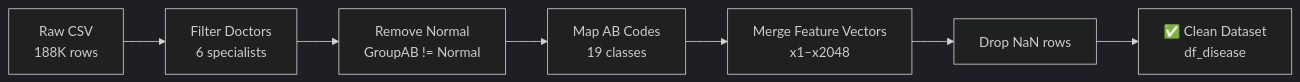
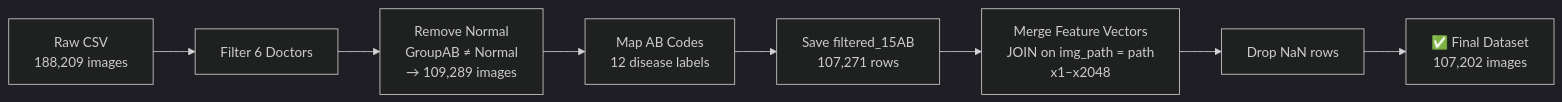
Before and after one commit to Peckkie/USAI-Dataset-2026: the diagram in README.md, drawn with Mermaid (dark theme). The commit also changed other lines of this file, not shown here.

````diff
--- a/README.md
+++ b/README.md
@@ -73,9 +102,10 @@
 ```mermaid
 flowchart LR
-    A[Raw CSV\n188K rows] --> B[Filter Doctors\n6 specialists]
-    B --> C[Remove Normal\nGroupAB != Normal]
-    C --> D[Map AB Codes\n19 classes]
-    D --> E[Merge Feature Vectors\nx1–x2048]
-    E --> F[Drop NaN rows]
-    F --> G[✅ Clean Dataset\ndf_disease]
+    A["Raw CSV\n188,209 images"] --> B["Filter 6 Doctors"]
+    B --> C["Remove Normal\nGroupAB ≠ Normal\n→ 109,289 images"]
+    C --> D["Map AB Codes\n12 disease labels"]
+    D --> E["Save filtered_15AB\n107,271 rows"]
+    E --> F["Merge Feature Vectors\nJOIN on img_path = path\nx1–x2048"]
+    F --> G["Drop NaN rows"]
+    G --> H["✅ Final Dataset\n107,202 images"]
 ```
````
